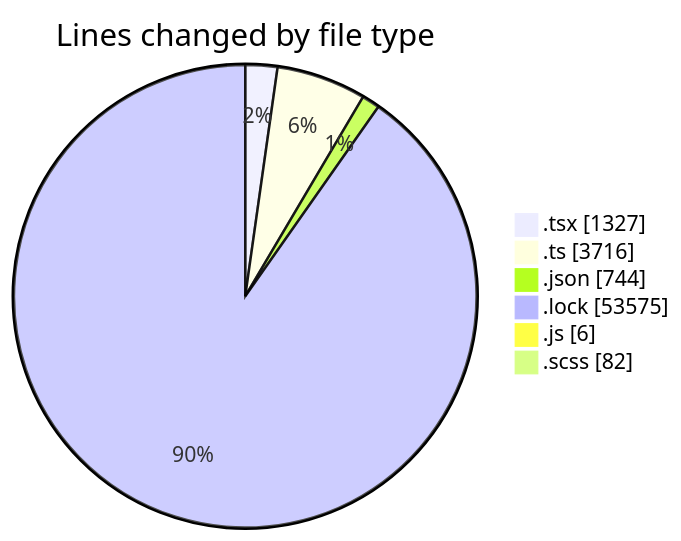
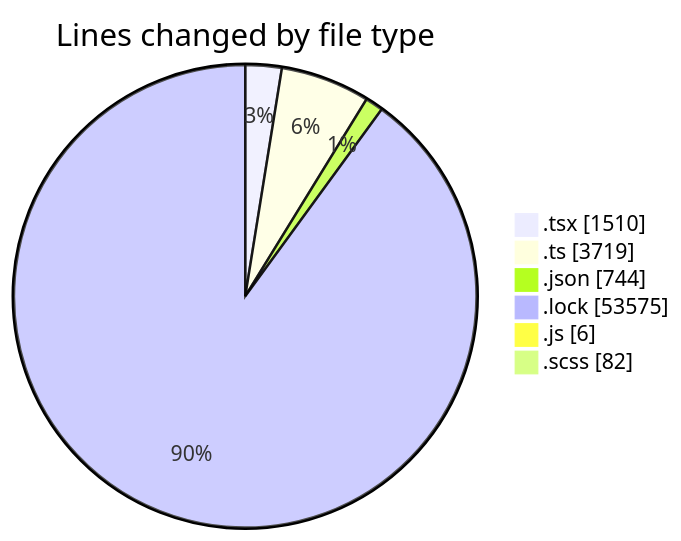
One commit to momahboobian/code-tracking changed the first of 2 diagrams in 2026-03-27/cda/README.md. Above: the diagram before and after it, drawn with Mermaid. The commit also changed other lines of this file and 1 other file, not shown here.

````diff
--- a/2026-03-27/cda/README.md
+++ b/2026-03-27/cda/README.md
@@ -46,10 +46,10 @@
 ```mermaid
 pie showData
 title Lines changed by file type
-".tsx" : 1327
-".ts" : 3716
+".tsx" : 1510
+".ts" : 3719
 ".json" : 744
 ".lock" : 53575
 ".js" : 6
 ".scss" : 82
 ```
````
